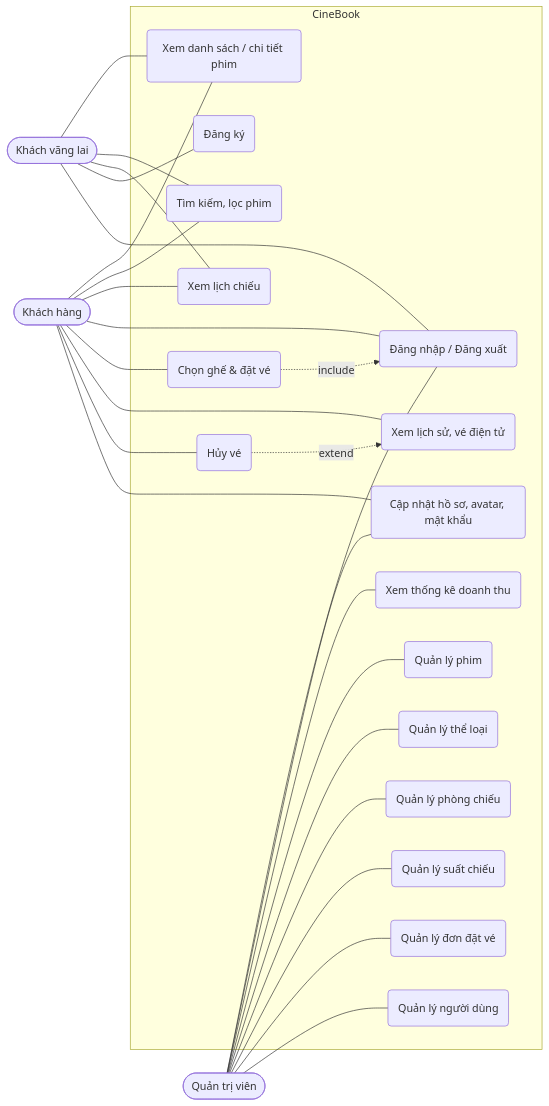
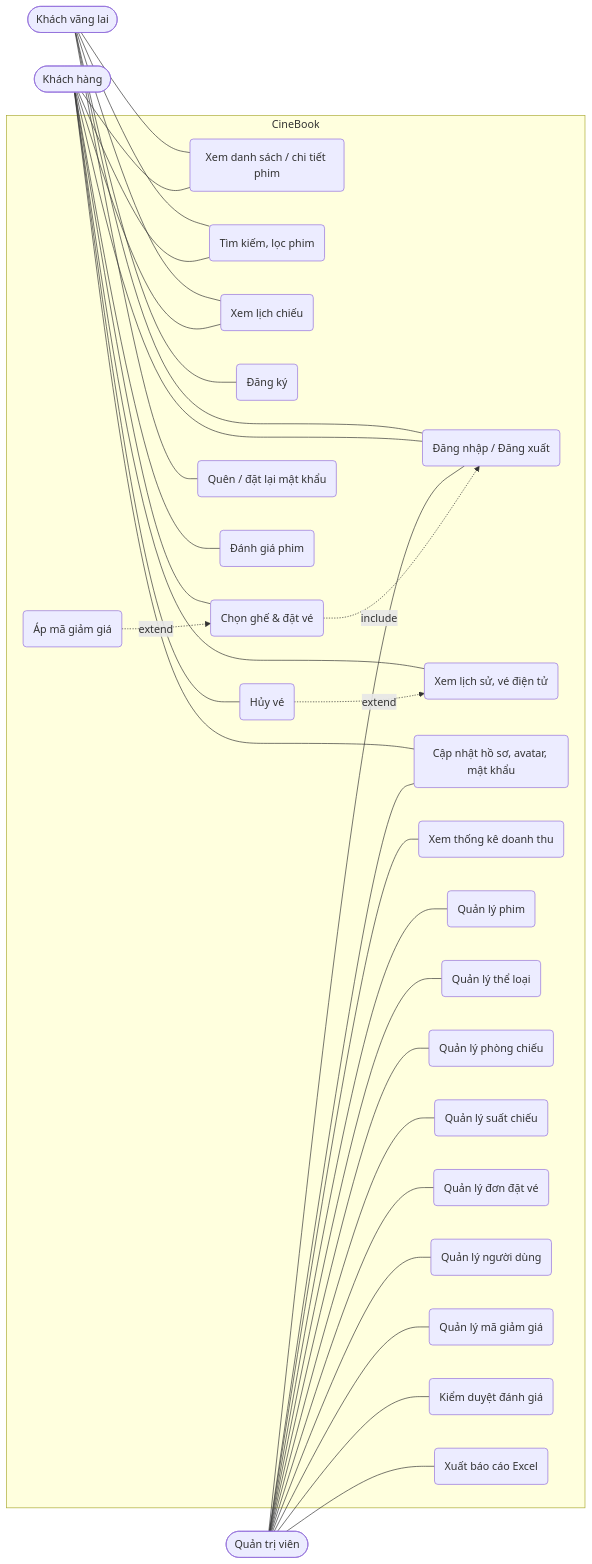
One commit to Leanhoangy/CineBook changed the second of 2 diagrams in docs/THIET_KE.md. Above: the diagram before and after it, drawn with Mermaid. The commit also changed other lines of this file and 6 other files, not shown here.

First line of the commit message:
Cập nhật tài liệu cho tính năng mới, hỗ trợ PHP 8.3 cho xuất Excel

````diff
--- a/docs/THIET_KE.md
+++ b/docs/THIET_KE.md
@@ -115,31 +144,38 @@
 ```mermaid
 flowchart LR
     Guest([Khách vãng lai])
     User([Khách hàng])
     Admin([Quản trị viên])
 
     subgraph CineBook
         UC1(Xem danh sách / chi tiết phim)
         UC2(Tìm kiếm, lọc phim)
         UC3(Xem lịch chiếu)
         UC4(Đăng ký)
         UC5(Đăng nhập / Đăng xuất)
         UC6(Chọn ghế & đặt vé)
         UC7(Xem lịch sử, vé điện tử)
         UC8(Hủy vé)
         UC9(Cập nhật hồ sơ, avatar, mật khẩu)
         UC10(Xem thống kê doanh thu)
         UC11(Quản lý phim)
         UC12(Quản lý thể loại)
         UC13(Quản lý phòng chiếu)
         UC14(Quản lý suất chiếu)
         UC15(Quản lý đơn đặt vé)
         UC16(Quản lý người dùng)
+        UC17(Quên / đặt lại mật khẩu)
+        UC18(Đánh giá phim)
+        UC19(Áp mã giảm giá)
+        UC20(Quản lý mã giảm giá)
+        UC21(Kiểm duyệt đánh giá)
+        UC22(Xuất báo cáo Excel)
     end
 
-    Guest --- UC1 & UC2 & UC3 & UC4 & UC5
-    User --- UC1 & UC2 & UC3 & UC5 & UC6 & UC7 & UC8 & UC9
-    Admin --- UC5 & UC9 & UC10 & UC11 & UC12 & UC13 & UC14 & UC15 & UC16
+    Guest --- UC1 & UC2 & UC3 & UC4 & UC5 & UC17
+    User --- UC1 & UC2 & UC3 & UC5 & UC6 & UC7 & UC8 & UC9 & UC18
+    Admin --- UC5 & UC9 & UC10 & UC11 & UC12 & UC13 & UC14 & UC15 & UC16 & UC20 & UC21 & UC22
     UC6 -. include .-> UC5
+    UC19 -. extend .-> UC6
     UC8 -. extend .-> UC7
 ```
````
